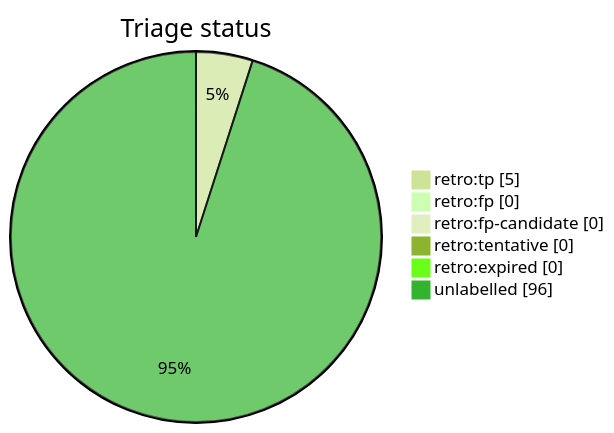
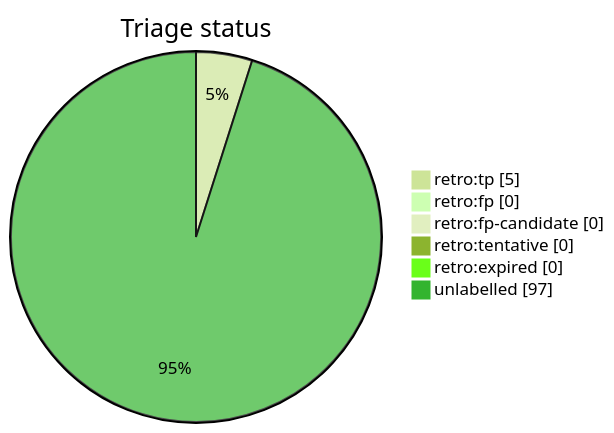
The diagram in docs/generated/scripts/auto-retro-triage-report.md (tvna/claude-md), drawn with Mermaid (forest theme) before and after one commit. The commit also changed other lines of this file, not shown here.

````diff
--- a/docs/generated/scripts/auto-retro-triage-report.md
+++ b/docs/generated/scripts/auto-retro-triage-report.md
@@ -20,10 +20,10 @@
 ```mermaid
 pie showData
     title Triage status
     "retro:tp" : 5
     "retro:fp" : 0
     "retro:fp-candidate" : 0
     "retro:tentative" : 0
     "retro:expired" : 0
-    "unlabelled" : 96
+    "unlabelled" : 97
 ```
````
